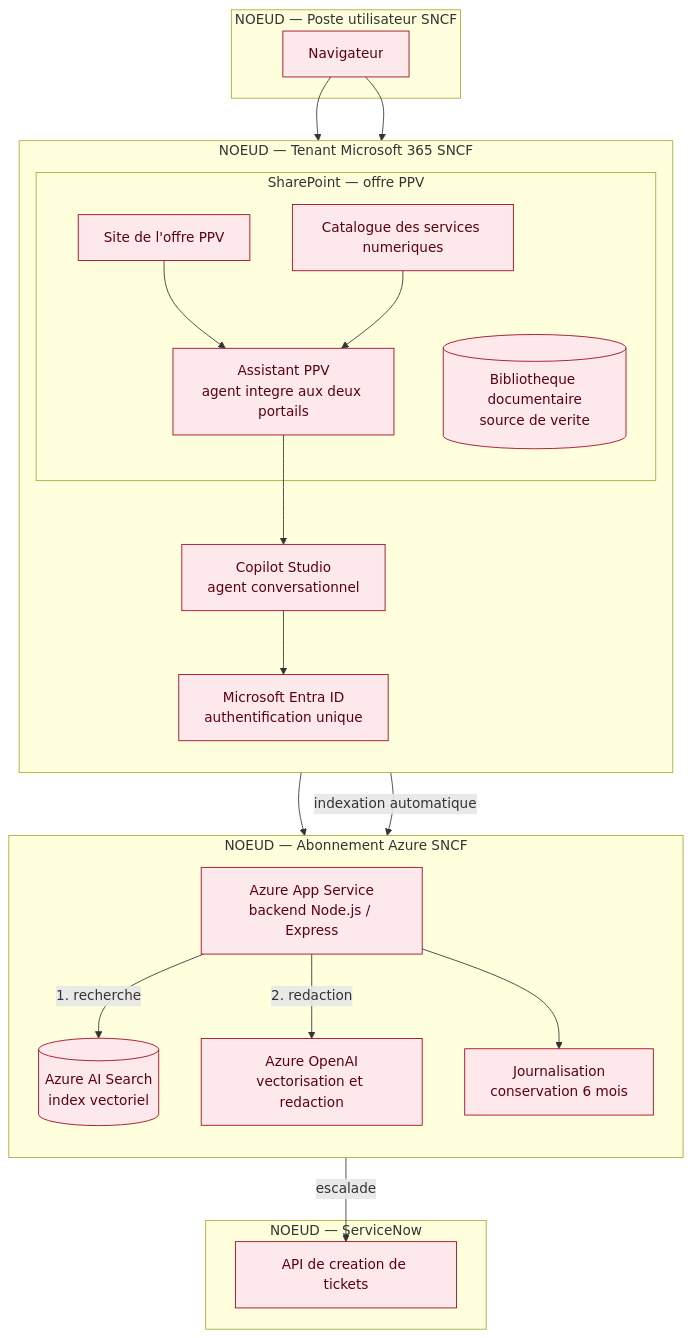
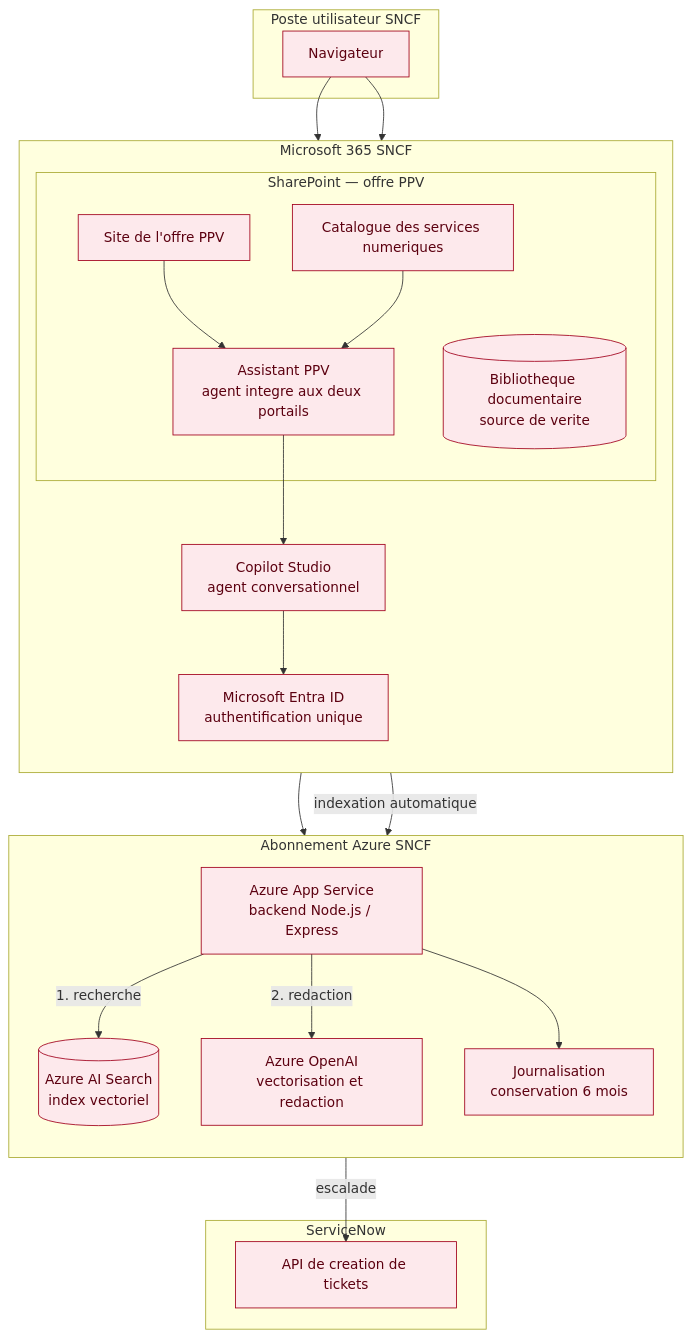
One commit to margotmc-web/Chatbot_PPV_BC07 changed the third of 3 diagrams in 12bis-diagramme-deploiement.md. Above: the diagram before and after it, drawn with Mermaid. The commit also changed other lines of this file, not shown here.

````diff
--- a/12bis-diagramme-deploiement.md
+++ b/12bis-diagramme-deploiement.md
@@ -105,46 +105,46 @@
 ```mermaid
 flowchart TB
-    subgraph POSTE["NOEUD — Poste utilisateur SNCF"]
+    subgraph POSTE["Poste utilisateur SNCF"]
         U1["Navigateur"]
     end
 
-    subgraph M365["NOEUD — Tenant Microsoft 365 SNCF"]
+    subgraph M365["Microsoft 365 SNCF"]
         direction TB
         subgraph SP["SharePoint — offre PPV"]
             S1["Site de l'offre PPV"]
             S4["Catalogue des services numeriques"]
             S2["Assistant PPV<br/>agent integre aux deux portails"]
             S3[("Bibliotheque documentaire<br/>source de verite")]
         end
         C1["Copilot Studio<br/>agent conversationnel"]
         AD["Microsoft Entra ID<br/>authentification unique"]
     end
 
-    subgraph AZ["NOEUD — Abonnement Azure SNCF"]
+    subgraph AZ["Abonnement Azure SNCF"]
         direction TB
         A1["Azure App Service<br/>backend Node.js / Express"]
         A2[("Azure AI Search<br/>index vectoriel")]
         A3["Azure OpenAI<br/>vectorisation et redaction"]
         A4["Journalisation<br/>conservation 6 mois"]
     end
 
-    subgraph SN["NOEUD — ServiceNow"]
+    subgraph SN["ServiceNow"]
         T1["API de creation de tickets"]
     end
 
     U1 --> S1
     U1 --> S4
     S1 --> S2
     S4 --> S2
     S2 --> C1
     C1 --> AD
     C1 --> A1
     A1 -->|1. recherche| A2
     A1 -->|2. redaction| A3
     S3 -->|indexation automatique| A2
     A1 --> A4
     A1 -->|escalade| T1
 
     classDef todo fill:#fde9ec,stroke:#a1001c,color:#5c0010;
     class U1,S1,S4,S2,S3,C1,AD,A1,A2,A3,A4,T1 todo
 ```
````
